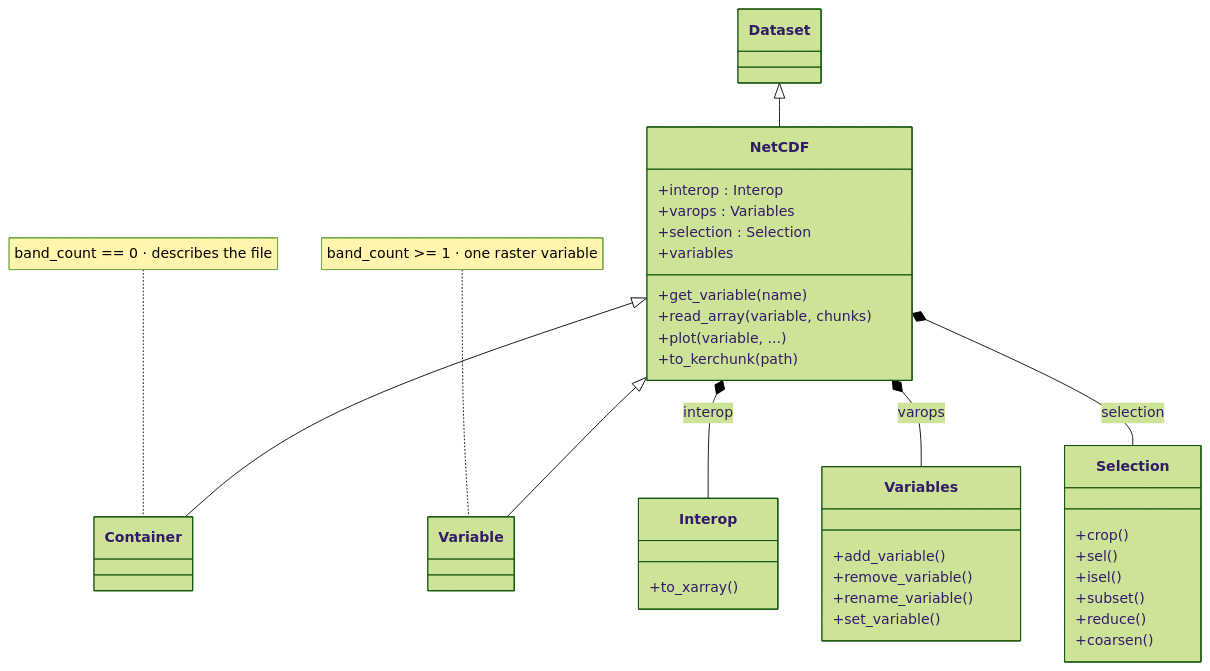
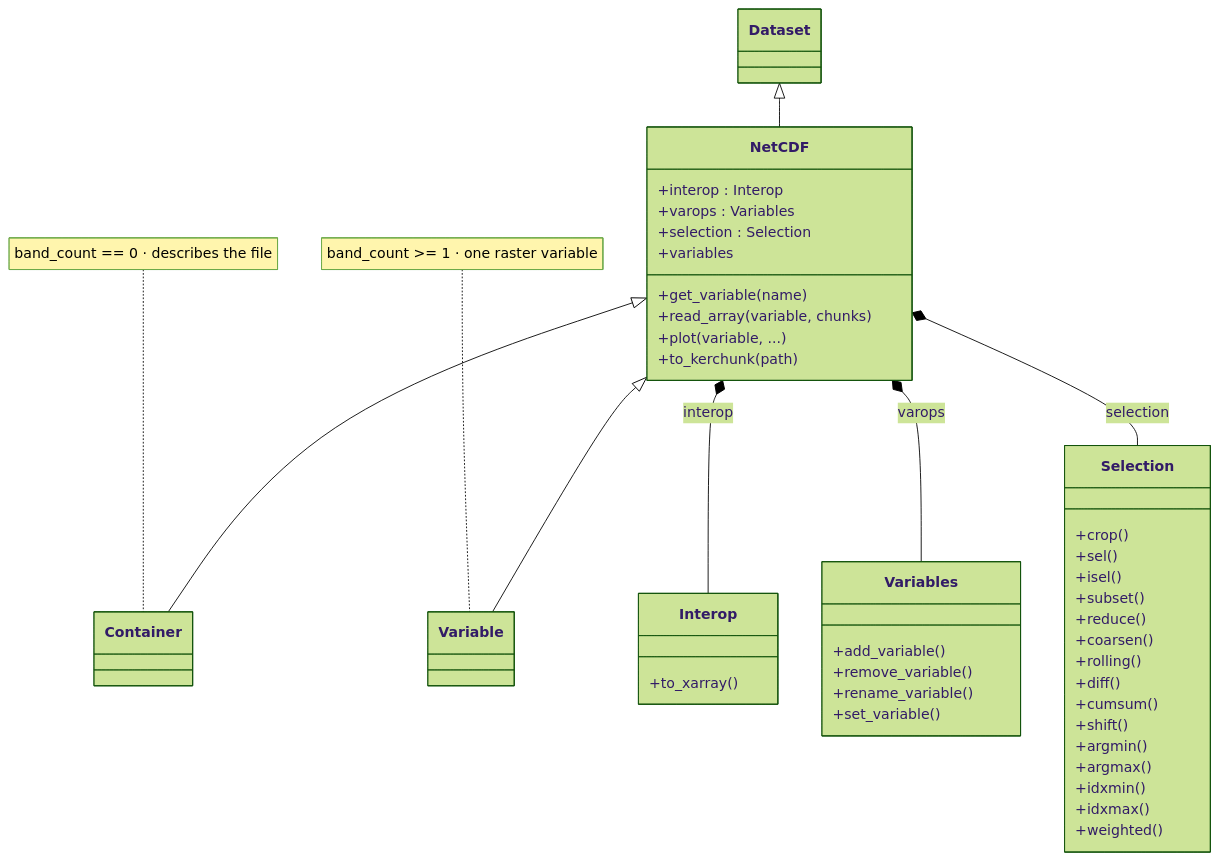
The second of 3 diagrams in docs/reference/netcdf/index.md (serapeum-org/pyramids), drawn with Mermaid (forest theme) before and after one commit. The commit also changed 19 other files, not shown here.

First line of the commit message:
feat(netcdf): add rolling, diff, cumsum, shift, the extremum locators and weighted (#1161)

````diff
--- a/docs/reference/netcdf/index.md
+++ b/docs/reference/netcdf/index.md
@@ -40,41 +40,50 @@
 ```mermaid
 classDiagram
     class Dataset
     class NetCDF {
       +interop : Interop
       +varops : Variables
       +selection : Selection
       +variables
       +get_variable(name)
       +read_array(variable, chunks)
       +plot(variable, ...)
       +to_kerchunk(path)
     }
     class Container
     class Variable
     class Interop {
       +to_xarray()
     }
     class Variables {
       +add_variable()
       +remove_variable()
       +rename_variable()
       +set_variable()
     }
     class Selection {
       +crop()
       +sel()
       +isel()
       +subset()
       +reduce()
       +coarsen()
+      +rolling()
+      +diff()
+      +cumsum()
+      +shift()
+      +argmin()
+      +argmax()
+      +idxmin()
+      +idxmax()
+      +weighted()
     }
     Dataset <|-- NetCDF
     NetCDF <|-- Container
     NetCDF <|-- Variable
     NetCDF *-- Interop : interop
     NetCDF *-- Variables : varops
     NetCDF *-- Selection : selection
     note for Container "band_count == 0 · describes the file"
     note for Variable "band_count >= 1 · one raster variable"
 ```
````
